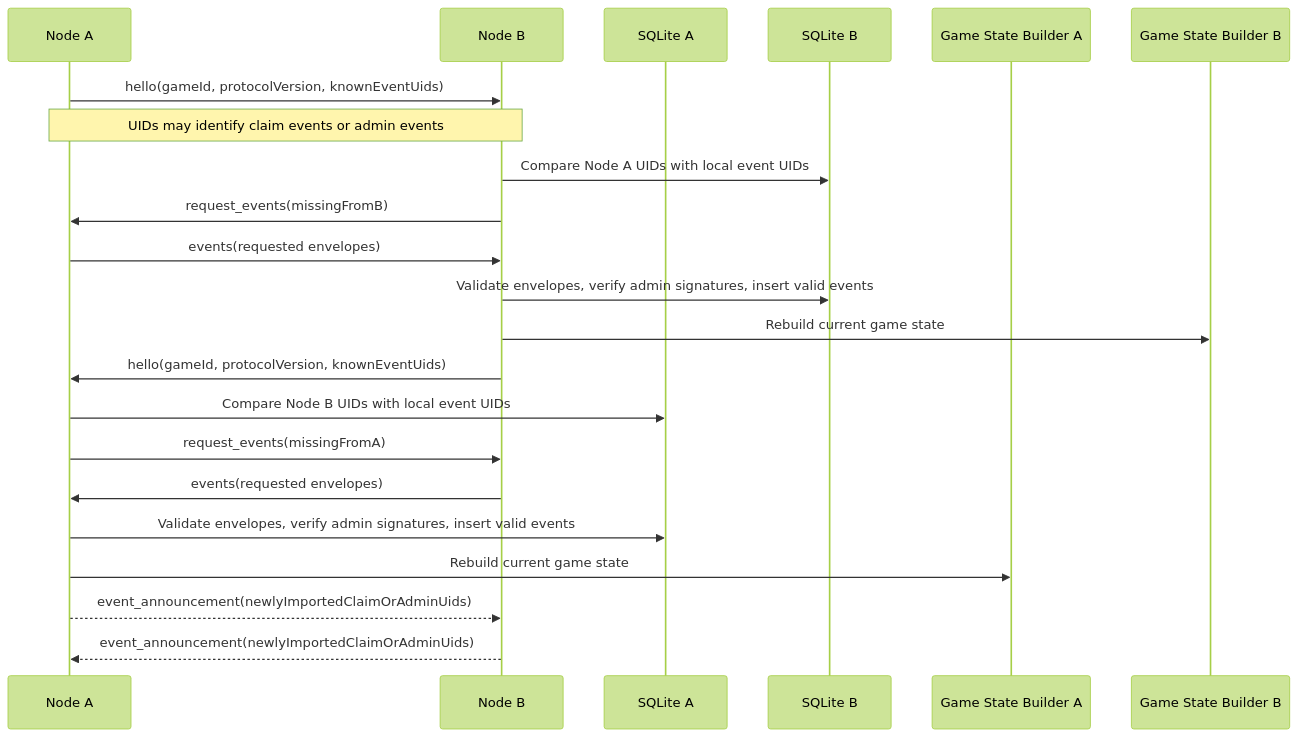
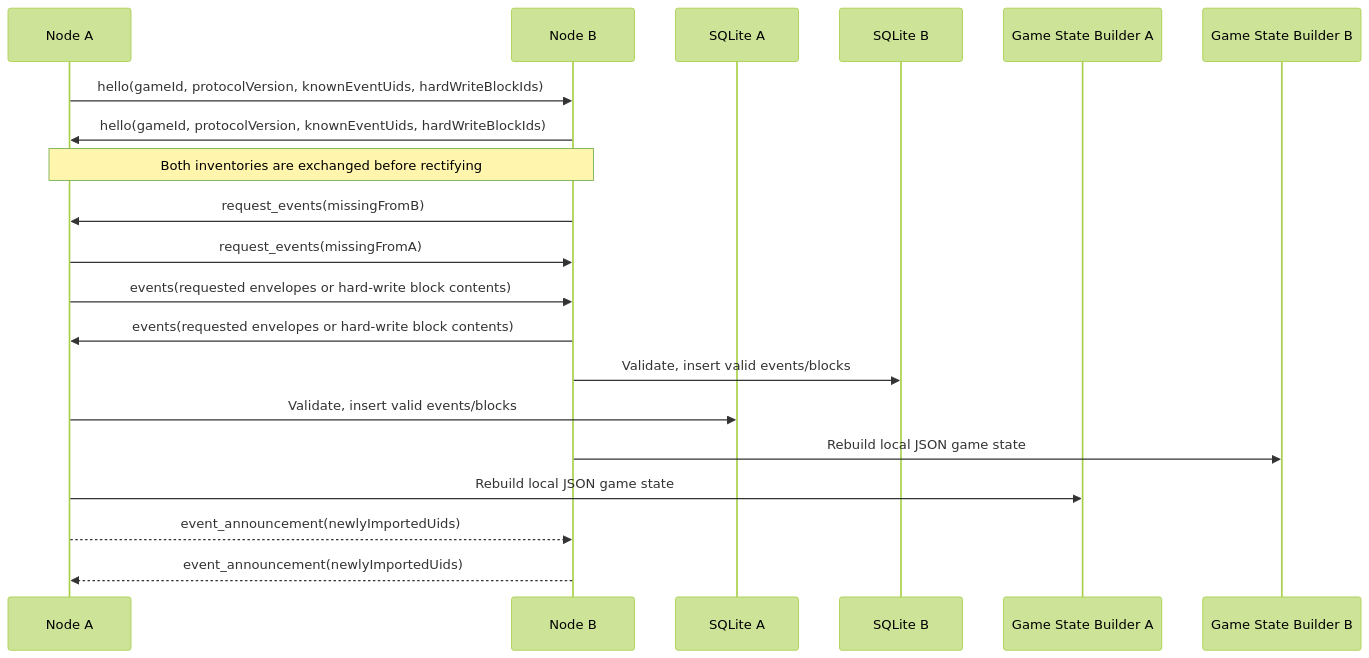
Before and after one commit to Gabriel-Gerdes/HumanHaunt: the fourth of 5 diagrams in docs/design-doc-v1.md, drawn with Mermaid (forest theme). The commit also changed other lines of this file, not shown here.

````diff
--- a/docs/design-doc-v1.md
+++ b/docs/design-doc-v1.md
@@ -568,27 +648,23 @@
 ```mermaid
 sequenceDiagram
   participant A as Node A
   participant B as Node B
   participant StoreA as SQLite A
   participant StoreB as SQLite B
   participant BuilderA as Game State Builder A
   participant BuilderB as Game State Builder B
 
-  A->>B: hello(gameId, protocolVersion, knownEventUids)
-  Note over A,B: UIDs may identify claim events or admin events
-  B->>StoreB: Compare Node A UIDs with local event UIDs
+  A->>B: hello(gameId, protocolVersion, knownEventUids, hardWriteBlockIds)
+  B->>A: hello(gameId, protocolVersion, knownEventUids, hardWriteBlockIds)
+  Note over A,B: Both inventories are exchanged before rectifying
   B->>A: request_events(missingFromB)
-  A->>B: events(requested envelopes)
-  B->>StoreB: Validate envelopes, verify admin signatures, insert valid events
-  B->>BuilderB: Rebuild current game state
-
-  B->>A: hello(gameId, protocolVersion, knownEventUids)
-  A->>StoreA: Compare Node B UIDs with local event UIDs
   A->>B: request_events(missingFromA)
-  B->>A: events(requested envelopes)
-  A->>StoreA: Validate envelopes, verify admin signatures, insert valid events
-  A->>BuilderA: Rebuild current game state
-
-  A-->>B: event_announcement(newlyImportedClaimOrAdminUids)
-  B-->>A: event_announcement(newlyImportedClaimOrAdminUids)
+  A->>B: events(requested envelopes or hard-write block contents)
+  B->>A: events(requested envelopes or hard-write block contents)
+  B->>StoreB: Validate, insert valid events/blocks
+  A->>StoreA: Validate, insert valid events/blocks
+  B->>BuilderB: Rebuild local JSON game state
+  A->>BuilderA: Rebuild local JSON game state
+  A-->>B: event_announcement(newlyImportedUids)
+  B-->>A: event_announcement(newlyImportedUids)
 ```
````
